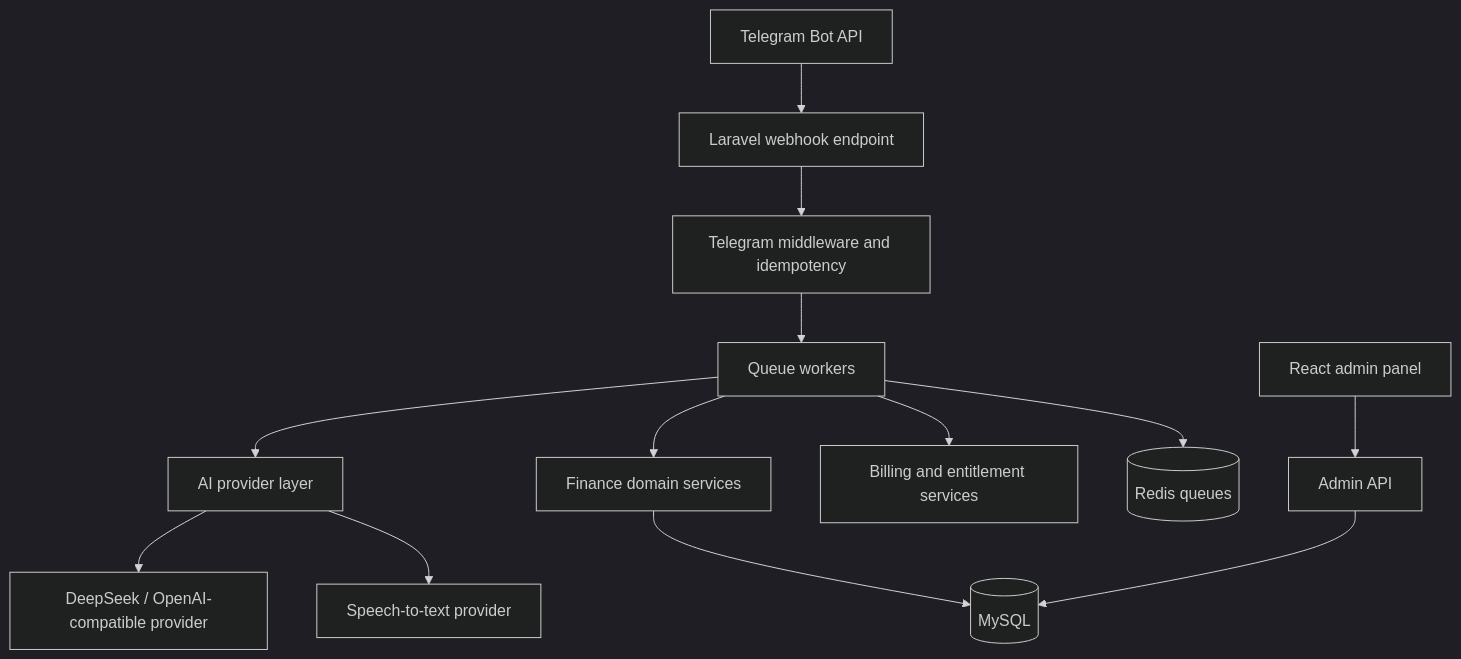
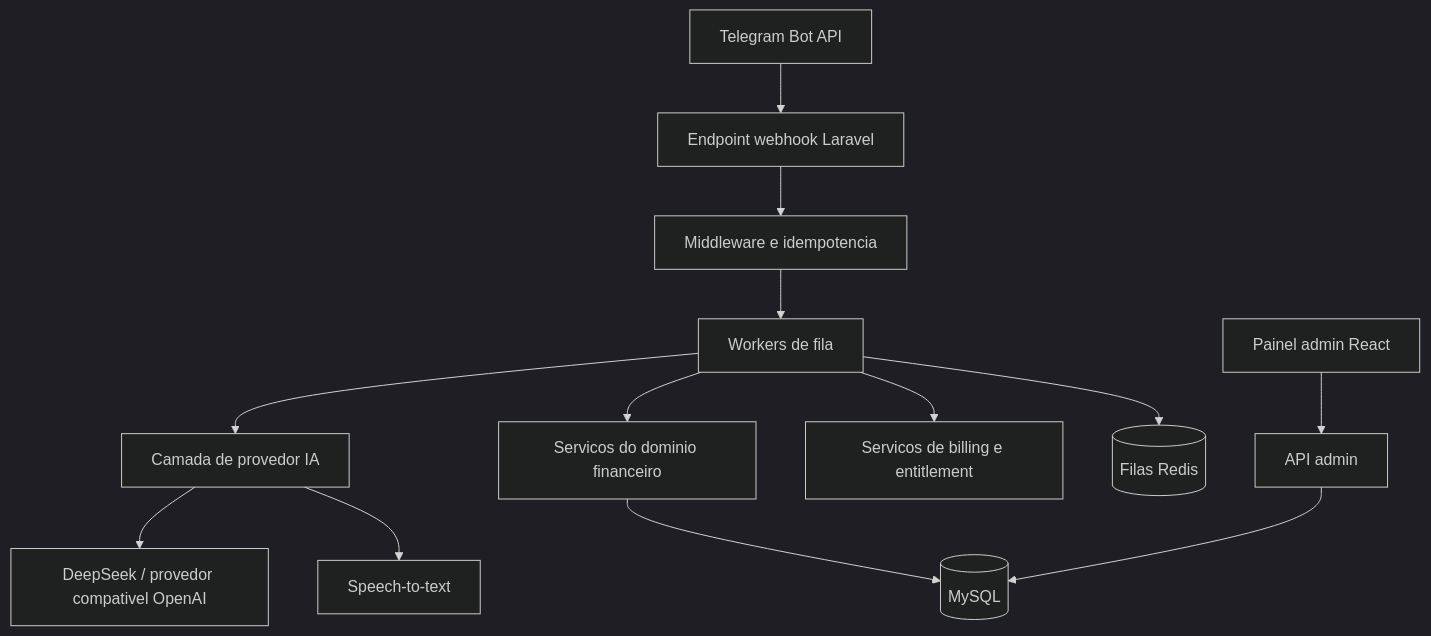
One commit to filpe19/finance-ai-case-study changed the second of 2 diagrams in README.md. Above: the diagram before and after it, drawn with Mermaid (dark theme). The commit also changed other lines of this file, not shown here.

````diff
--- a/README.md
+++ b/README.md
@@ -43,17 +43,17 @@
 ```mermaid
 flowchart TB
-    A[Telegram Bot API] --> B[Laravel webhook endpoint]
-    B --> C[Telegram middleware and idempotency]
-    C --> D[Queue workers]
-    D --> E[AI provider layer]
-    D --> F[Finance domain services]
-    D --> G[Billing and entitlement services]
+    A[Telegram Bot API] --> B[Endpoint webhook Laravel]
+    B --> C[Middleware e idempotencia]
+    C --> D[Workers de fila]
+    D --> E[Camada de provedor IA]
+    D --> F[Servicos do dominio financeiro]
+    D --> G[Servicos de billing e entitlement]
     F --> H[(MySQL)]
-    D --> I[(Redis queues)]
+    D --> I[(Filas Redis)]
 
-    J[React admin panel] --> K[Admin API]
+    J[Painel admin React] --> K[API admin]
     K --> H
 
-    E --> L[DeepSeek / OpenAI-compatible provider]
-    E --> M[Speech-to-text provider]
+    E --> L[DeepSeek / provedor compativel OpenAI]
+    E --> M[Speech-to-text]
 ```
````
